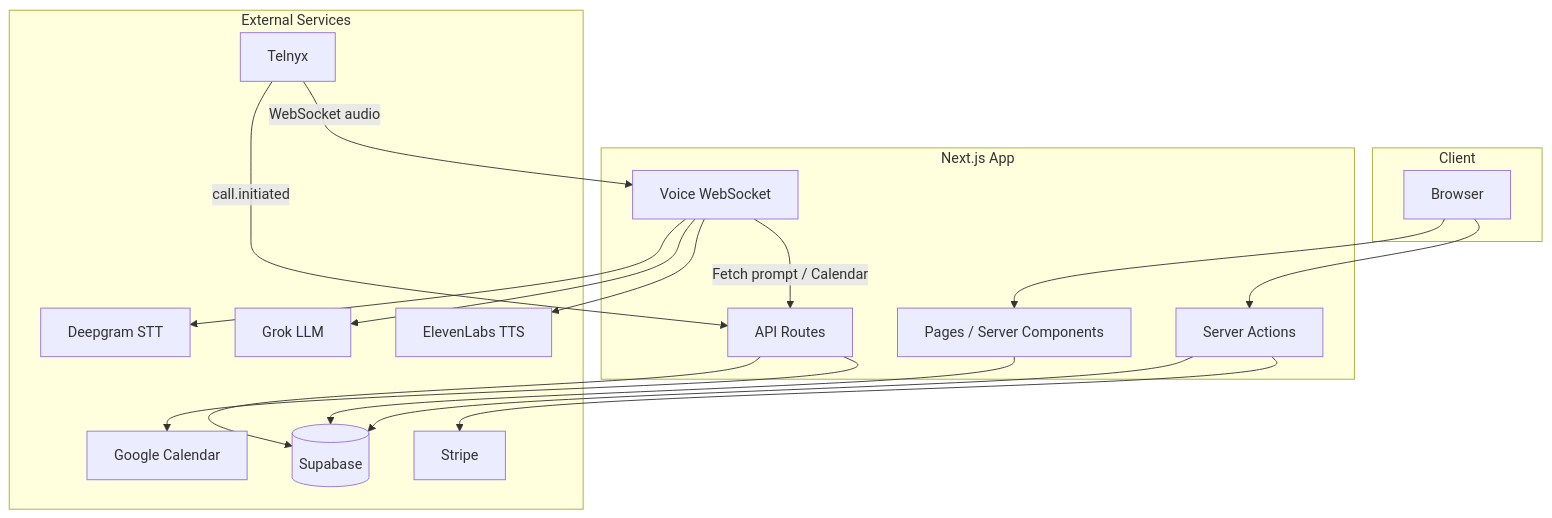
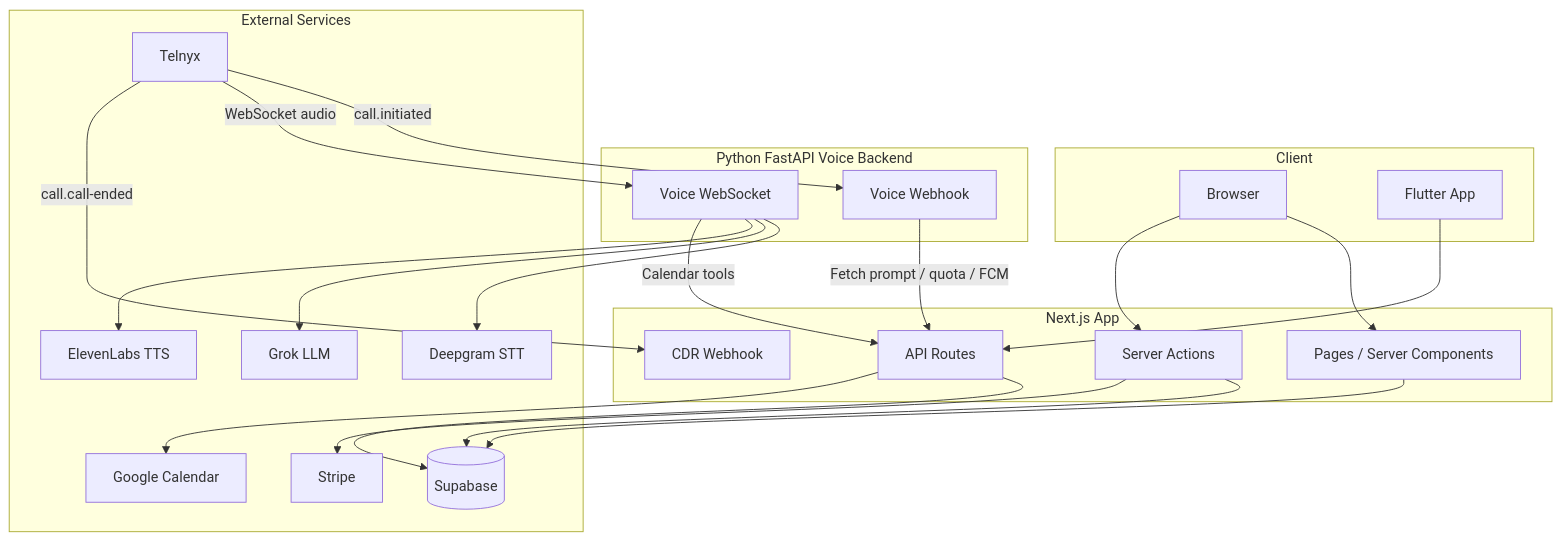
One commit to Plcherra/callbot changed the diagram in docs/ARCHITECTURE.md. Above: the diagram before and after it, drawn with Mermaid. The commit also changed other lines of this file and 59 other files, not shown here.

````diff
--- a/docs/ARCHITECTURE.md
+++ b/docs/ARCHITECTURE.md
@@ -7,38 +7,47 @@
 ```mermaid
 flowchart TB
     subgraph Client [Client]
         Browser[Browser]
+        Flutter[Flutter App]
     end
 
     subgraph NextJS [Next.js App]
         Pages[Pages / Server Components]
         Actions[Server Actions]
         API[API Routes]
+        CDR[CDR Webhook]
+    end
+
+    subgraph Backend [Python FastAPI Voice Backend]
+        VoiceWebhook[Voice Webhook]
         VoiceWS[Voice WebSocket]
     end
 
     subgraph External [External Services]
         Supabase[(Supabase)]
         Stripe[Stripe]
         Telnyx[Telnyx]
         GCal[Google Calendar]
         Deepgram[Deepgram STT]
         Grok[Grok LLM]
         ElevenLabs[ElevenLabs TTS]
     end
 
     Browser --> Pages
     Browser --> Actions
+    Flutter --> API
     Pages --> Supabase
     Actions --> Supabase
     Actions --> Stripe
     API --> Supabase
     API --> GCal
 
-    Telnyx -->|call.initiated| API
+    Telnyx -->|call.initiated| VoiceWebhook
     Telnyx -->|WebSocket audio| VoiceWS
+    Telnyx -->|call.call-ended| CDR
     VoiceWS --> Deepgram
     VoiceWS --> Grok
     VoiceWS --> ElevenLabs
-    VoiceWS -->|Fetch prompt / Calendar| API
+    VoiceWebhook -->|Fetch prompt / quota / FCM| API
+    VoiceWS -->|Calendar tools| API
 ```
````
